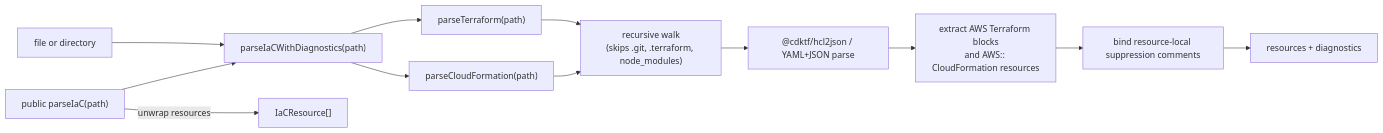
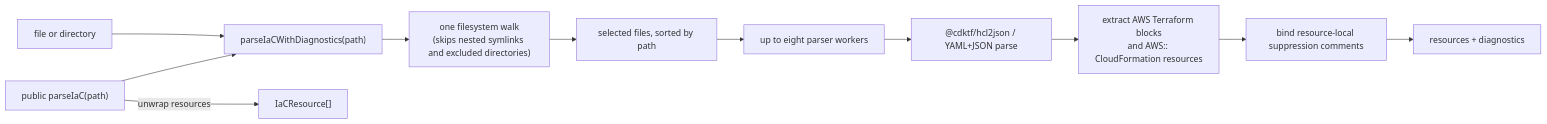
Before and after one commit to towardsthecloud/cloudburn: the third of 3 diagrams in docs/architecture/sdk.md, drawn with Mermaid. The commit also changed other lines of this file and 70 other files, not shown here.

````diff
--- a/docs/architecture/sdk.md
+++ b/docs/architecture/sdk.md
@@ -132,14 +148,13 @@
 ```mermaid
 graph LR
   Path["file or directory"] --> PI["parseIaCWithDiagnostics(path)"]
-  PI --> TF["parseTerraform(path)"]
-  PI --> CFN["parseCloudFormation(path)"]
-  TF --> Walk["recursive walk\n(skips .git, .terraform, node_modules)"]
-  CFN --> Walk
-  Walk --> HCL["@cdktf/hcl2json / YAML+JSON parse"]
+  PI --> Walk["one filesystem walk\n(skips nested symlinks and excluded directories)"]
+  Walk --> Files["selected files, sorted by path"]
+  Files --> Workers["up to eight parser workers"]
+  Workers --> HCL["@cdktf/hcl2json / YAML+JSON parse"]
   HCL --> Extract["extract AWS Terraform blocks\nand AWS:: CloudFormation resources"]
   Extract --> Suppress["bind resource-local suppression comments"]
   Suppress --> IaC["resources + diagnostics"]
   Public["public parseIaC(path)"] --> PI
   Public -->|"unwrap resources"| PublicResult["IaCResource[]"]
 ```
````
